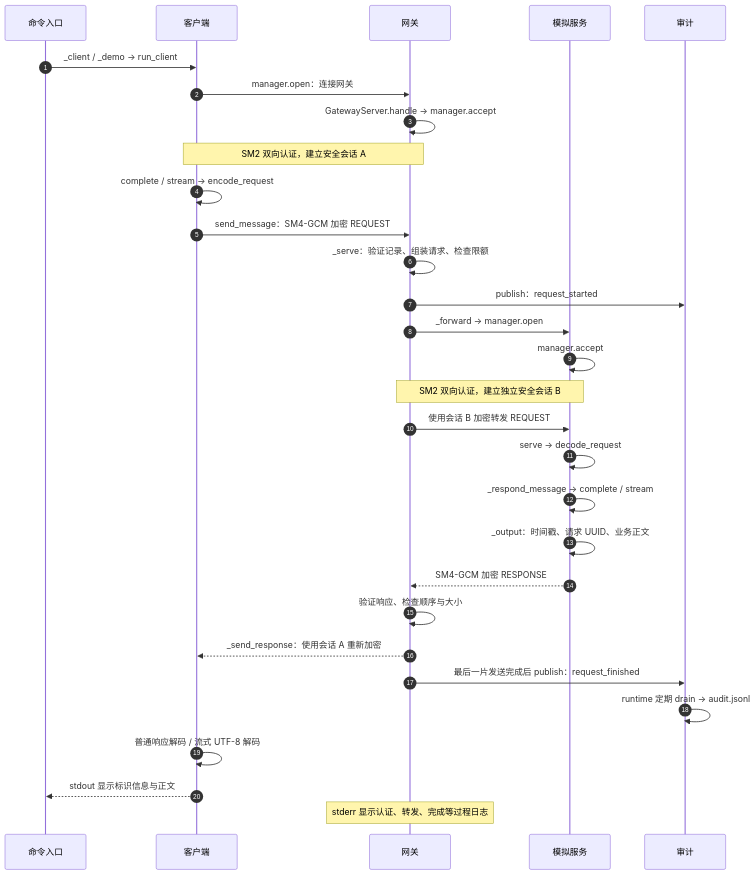
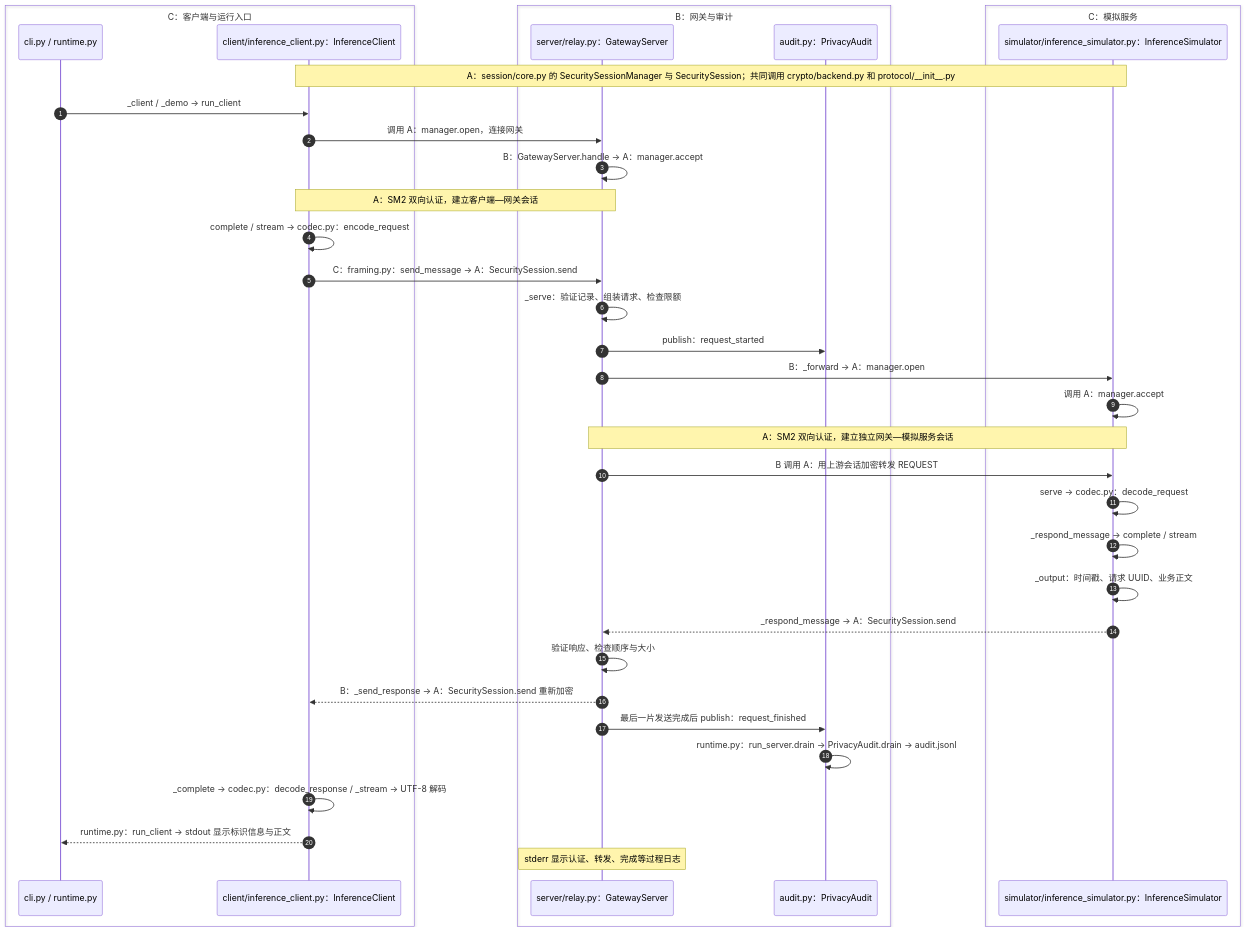
One commit to bljfy/gateway changed the third of 3 diagrams in README.md. Above: the diagram before and after it, drawn with Mermaid. The commit also changed other lines of this file and 1 other file, not shown here.

````diff
--- a/README.md
+++ b/README.md
@@ -69,37 +108,45 @@
 ```mermaid
 sequenceDiagram
     autonumber
-    participant CLI as 命令入口
-    participant C as 客户端
-    participant G as 网关
-    participant S as 模拟服务
-    participant A as 审计
+    box C：客户端与运行入口
+        participant CLI as cli.py / runtime.py
+        participant C as client/inference_client.py：InferenceClient
+    end
+    box B：网关与审计
+        participant G as server/relay.py：GatewayServer
+        participant AUDIT as audit.py：PrivacyAudit
+    end
+    box C：模拟服务
+        participant S as simulator/inference_simulator.py：InferenceSimulator
+    end
+
+    Note over C,S: A：session/core.py 的 SecuritySessionManager 与 SecuritySession；共同调用 crypto/backend.py 和 protocol/__init__.py
 
     CLI->>C: _client / _demo → run_client
-    C->>G: manager.open：连接网关
-    G->>G: GatewayServer.handle → manager.accept
-    Note over C,G: SM2 双向认证，建立安全会话 A
+    C->>G: 调用 A：manager.open，连接网关
+    G->>G: B：GatewayServer.handle → A：manager.accept
+    Note over C,G: A：SM2 双向认证，建立客户端—网关会话
 
-    C->>C: complete / stream → encode_request
-    C->>G: send_message：SM4-GCM 加密 REQUEST
+    C->>C: complete / stream → codec.py：encode_request
+    C->>G: C：framing.py：send_message → A：SecuritySession.send
     G->>G: _serve：验证记录、组装请求、检查限额
-    G->>A: publish：request_started
+    G->>AUDIT: publish：request_started
 
-    G->>S: _forward → manager.open
-    S->>S: manager.accept
-    Note over G,S: SM2 双向认证，建立独立安全会话 B
+    G->>S: B：_forward → A：manager.open
+    S->>S: 调用 A：manager.accept
+    Note over G,S: A：SM2 双向认证，建立独立网关—模拟服务会话
 
-    G->>S: 使用会话 B 加密转发 REQUEST
-    S->>S: serve → decode_request
+    G->>S: B 调用 A：用上游会话加密转发 REQUEST
+    S->>S: serve → codec.py：decode_request
     S->>S: _respond_message → complete / stream
     S->>S: _output：时间戳、请求 UUID、业务正文
-    S-->>G: SM4-GCM 加密 RESPONSE
+    S-->>G: _respond_message → A：SecuritySession.send
 
     G->>G: 验证响应、检查顺序与大小
-    G-->>C: _send_response：使用会话 A 重新加密
-    G->>A: 最后一片发送完成后 publish：request_finished
-    A->>A: runtime 定期 drain → audit.jsonl
-    C->>C: 普通响应解码 / 流式 UTF-8 解码
-    C-->>CLI: stdout 显示标识信息与正文
+    G-->>C: B：_send_response → A：SecuritySession.send 重新加密
+    G->>AUDIT: 最后一片发送完成后 publish：request_finished
+    AUDIT->>AUDIT: runtime.py：run_server.drain → PrivacyAudit.drain → audit.jsonl
+    C->>C: _complete → codec.py：decode_response / _stream → UTF-8 解码
+    C-->>CLI: runtime.py：run_client → stdout 显示标识信息与正文
     Note over G: stderr 显示认证、转发、完成等过程日志
 ```
````
